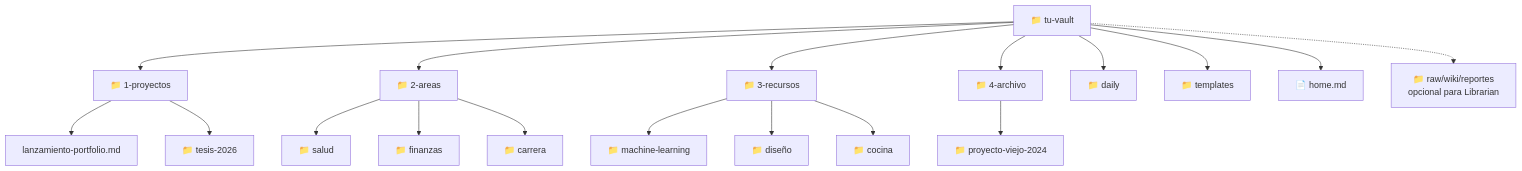
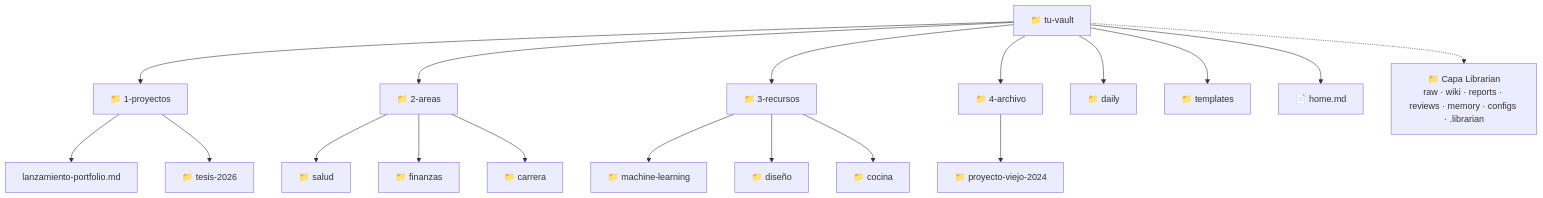
Before and after one commit to VanessaPellegrini/second-brain-ecosystem: the first of 2 diagrams in second-brain/guides/es/04-vault-structure.md, drawn with Mermaid. The commit also changed other lines of this file and 8 other files, not shown here.

First line of the commit message:
feat: expand Librarian AI layer to full operational structure alongside PARA

````diff
--- a/second-brain/guides/es/04-vault-structure.md
+++ b/second-brain/guides/es/04-vault-structure.md
@@ -20,21 +20,21 @@
 ```mermaid
 graph TD
     Vault[📁 tu-vault] --> P[📁 1-proyectos]
     Vault --> A[📁 2-areas]
     Vault --> R[📁 3-recursos]
     Vault --> Arc[📁 4-archivo]
     Vault --> D[📁 daily]
     Vault --> T[📁 templates]
     Vault --> H[📄 home.md]
-    Vault -.-> AI[📁 raw/wiki/reportes<br/>opcional para Librarian]
+    Vault -.-> AI[📁 Capa Librarian<br/>raw · wiki · reports · reviews · memory · configs · .librarian]
 
     P --> P1[lanzamiento-portfolio.md]
     P --> P2[📁 tesis-2026]
     A --> A1[📁 salud]
     A --> A2[📁 finanzas]
     A --> A3[📁 carrera]
     R --> R1[📁 machine-learning]
     R --> R2[📁 diseño]
     R --> R3[📁 cocina]
     Arc --> Arc1[📁 proyecto-viejo-2024]
 ```
````
